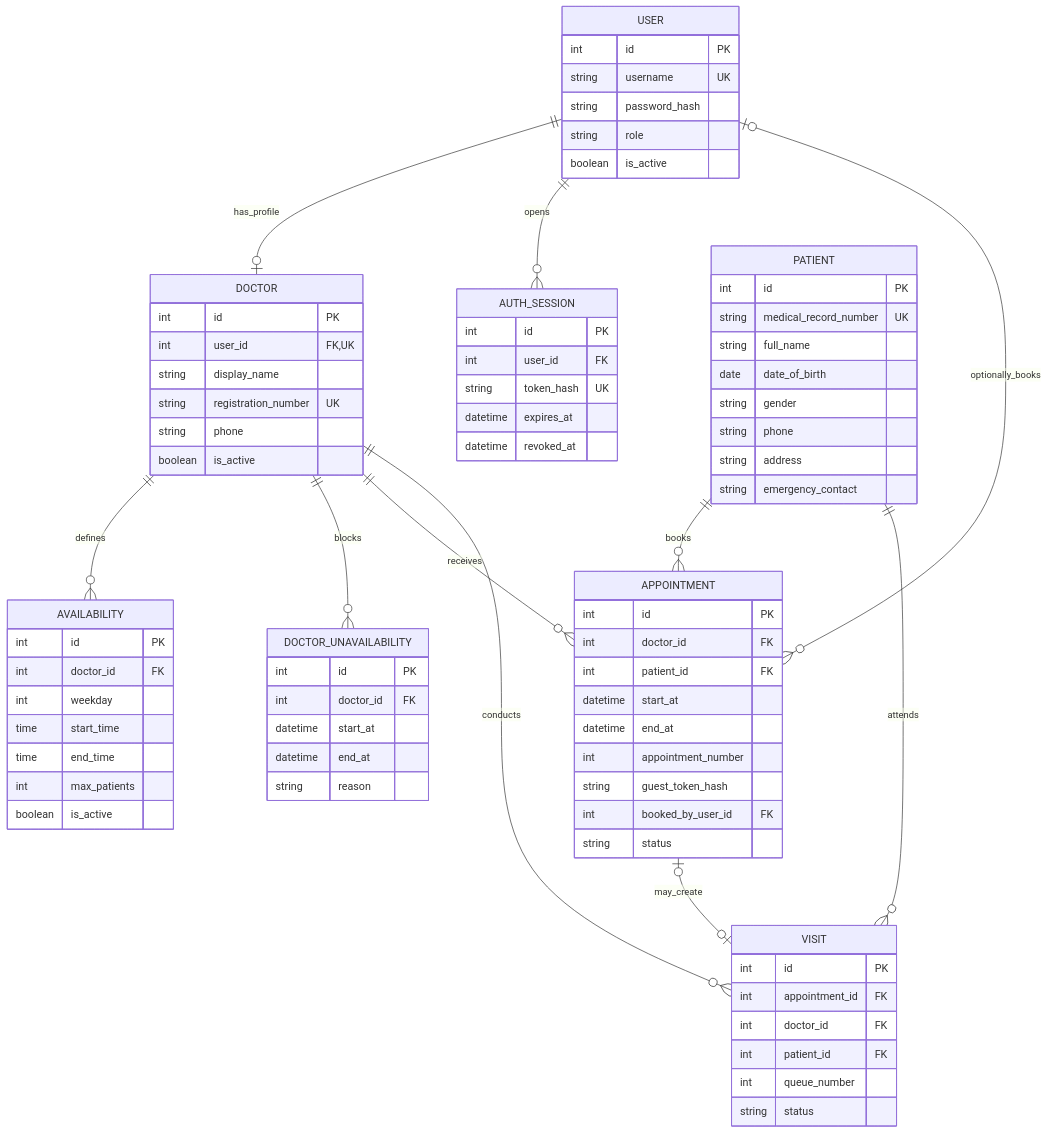
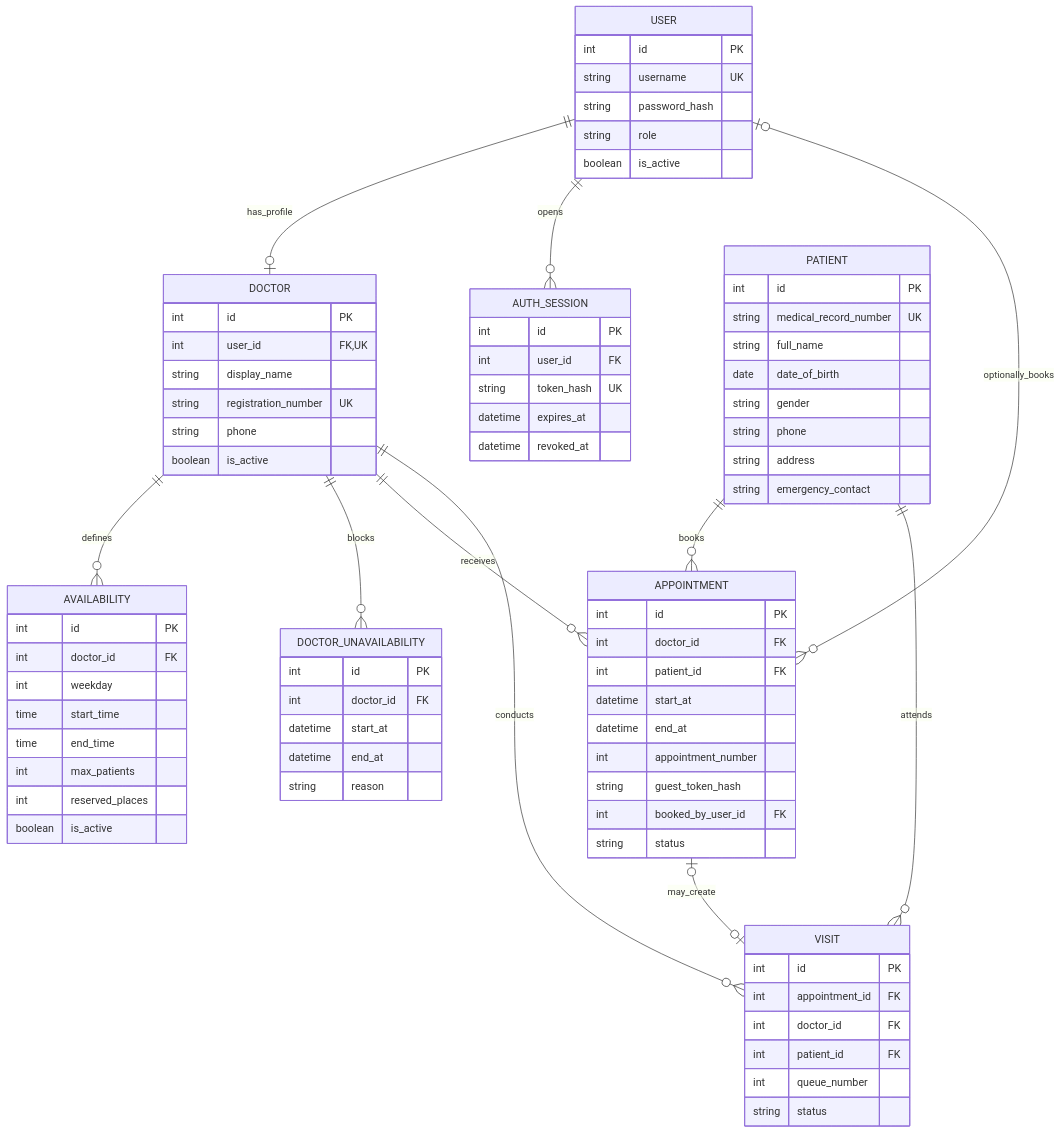
The diagram in medical-clinic-erd.mmd (vidurukalpana/medical-clinic-management-web-app), drawn with Mermaid before and after one commit. The commit also changed 19 other files, not shown here.

```diff
--- a/medical-clinic-erd.mmd
+++ b/medical-clinic-erd.mmd
@@ -1,86 +1,87 @@
 erDiagram
     USER ||--o| DOCTOR : has_profile
     USER ||--o{ AUTH_SESSION : opens
     USER o|--o{ APPOINTMENT : optionally_books
     DOCTOR ||--o{ AVAILABILITY : defines
     DOCTOR ||--o{ DOCTOR_UNAVAILABILITY : blocks
     DOCTOR ||--o{ APPOINTMENT : receives
     PATIENT ||--o{ APPOINTMENT : books
     APPOINTMENT o|--o| VISIT : may_create
     DOCTOR ||--o{ VISIT : conducts
     PATIENT ||--o{ VISIT : attends
 
     USER {
         int id PK
         string username UK
         string password_hash
         string role
         boolean is_active
     }
 
     AUTH_SESSION {
         int id PK
         int user_id FK
         string token_hash UK
         datetime expires_at
         datetime revoked_at
     }
 
     DOCTOR {
         int id PK
         int user_id FK, UK
         string display_name
         string registration_number UK
         string phone
         boolean is_active
     }
 
     PATIENT {
         int id PK
         string medical_record_number UK
         string full_name
         date date_of_birth
         string gender
         string phone
         string address
         string emergency_contact
     }
 
     AVAILABILITY {
         int id PK
         int doctor_id FK
         int weekday
         time start_time
         time end_time
         int max_patients
+        int reserved_places
         boolean is_active
     }
 
     DOCTOR_UNAVAILABILITY {
         int id PK
         int doctor_id FK
         datetime start_at
         datetime end_at
         string reason
     }
 
     APPOINTMENT {
         int id PK
         int doctor_id FK
         int patient_id FK
         datetime start_at
         datetime end_at
         int appointment_number
         string guest_token_hash
         int booked_by_user_id FK
         string status
     }
 
     VISIT {
         int id PK
         int appointment_id FK
         int doctor_id FK
         int patient_id FK
         int queue_number
         string status
     }
```
